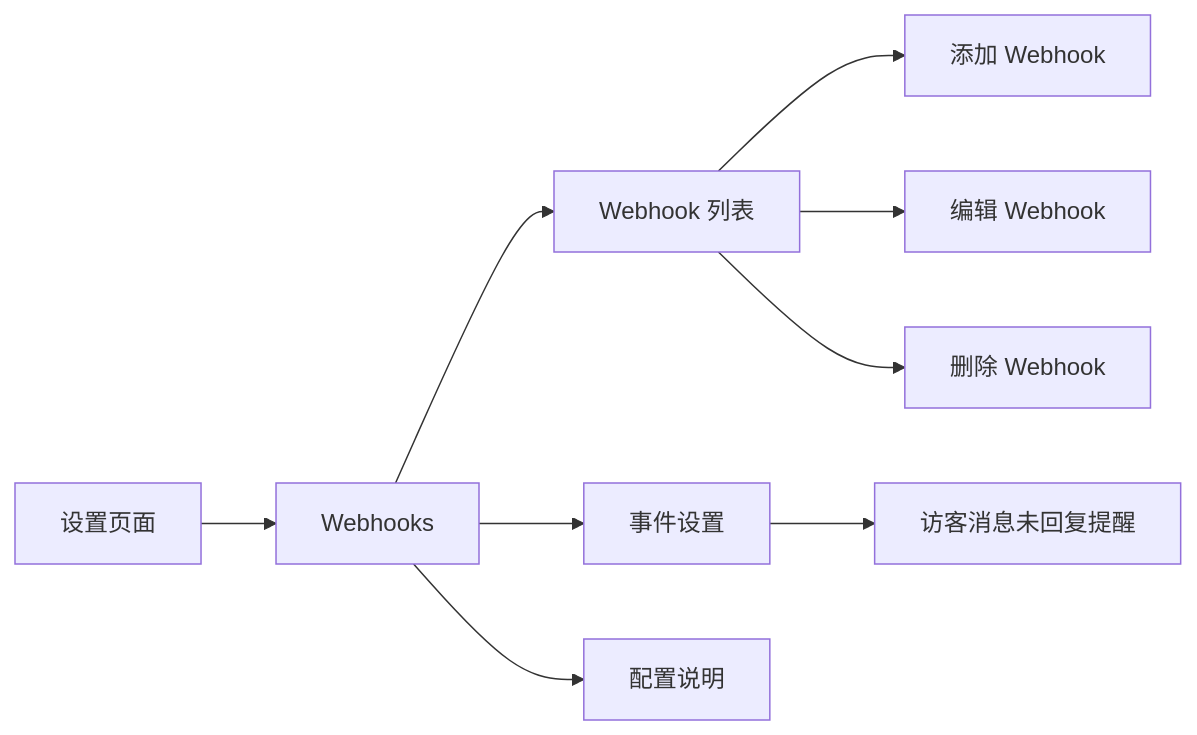
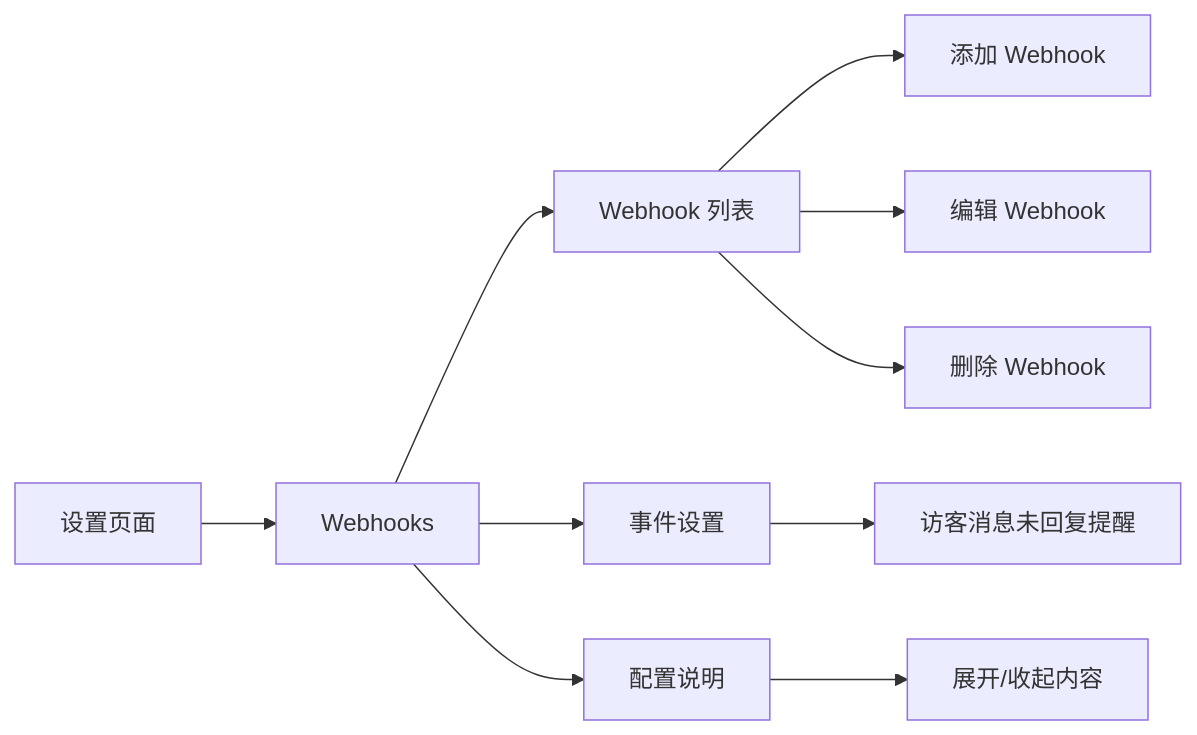
One commit to goeye/twt changed the first of 2 diagrams in docs/PRD-Webhook平台集成.md. Above: the diagram before and after it, drawn with Mermaid. The commit also changed other lines of this file and 7 other files, not shown here.

````diff
--- a/docs/PRD-Webhook平台集成.md
+++ b/docs/PRD-Webhook平台集成.md
@@ -48,11 +48,12 @@
 ```mermaid
 graph LR
     A[设置页面] --> B[Webhooks]
     B --> B1[Webhook 列表]
     B --> B2[事件设置]
     B --> B3[配置说明]
     B1 --> B1a[添加 Webhook]
     B1 --> B1b[编辑 Webhook]
     B1 --> B1c[删除 Webhook]
     B2 --> B2a[访客消息未回复提醒]
+    B3 --> B3a[展开/收起内容]
 ```
````
